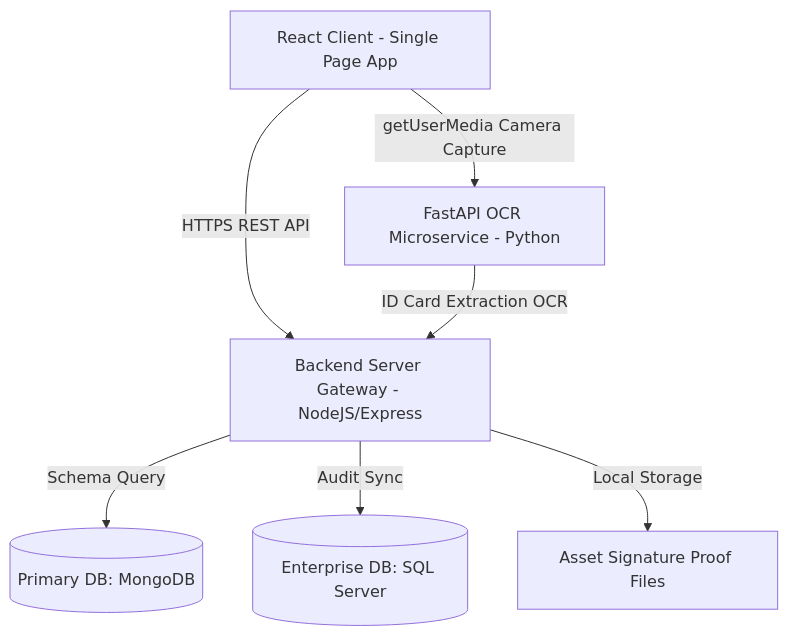
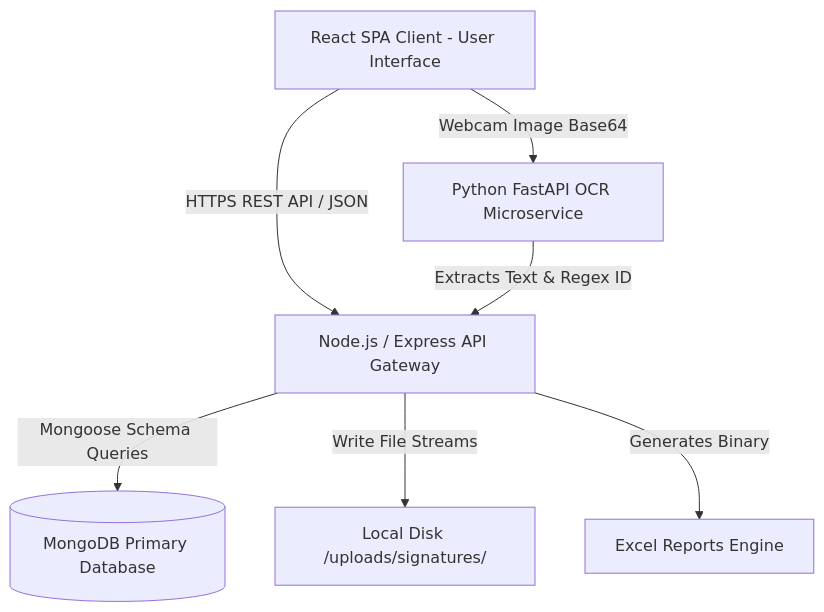
Before and after one commit to Keerthana2225/PROVEXA: the diagram in README.md, drawn with Mermaid. The commit also changed other lines of this file, not shown here.

Commit message:
docs: Add detailed Mobile and Tablet local network setup guide and camera permission bypass instructions

````diff
--- a/README.md
+++ b/README.md
@@ -65,9 +111,9 @@
 ```mermaid
 graph TD
-    A[React Client - Single Page App] -->|HTTPS REST API| B[Backend Server Gateway - NodeJS/Express]
-    A -->|getUserMedia Camera Capture| C[FastAPI OCR Microservice - Python]
-    C -->|ID Card Extraction OCR| B
-    B -->|Schema Query| D[(Primary DB: MongoDB)]
-    B -->|Audit Sync| E[(Enterprise DB: SQL Server)]
-    B -->|Local Storage| F[Asset Signature Proof Files]
+    A[React SPA Client - User Interface] -->|HTTPS REST API / JSON| B[Node.js / Express API Gateway]
+    A -->|Webcam Image Base64| C[Python FastAPI OCR Microservice]
+    C -->|Extracts Text & Regex ID| B
+    B -->|Mongoose Schema Queries| D[(MongoDB Primary Database)]
+    B -->|Write File Streams| E[Local Disk /uploads/signatures/]
+    B -->|Generates Binary| F[Excel Reports Engine]
 ```
````
